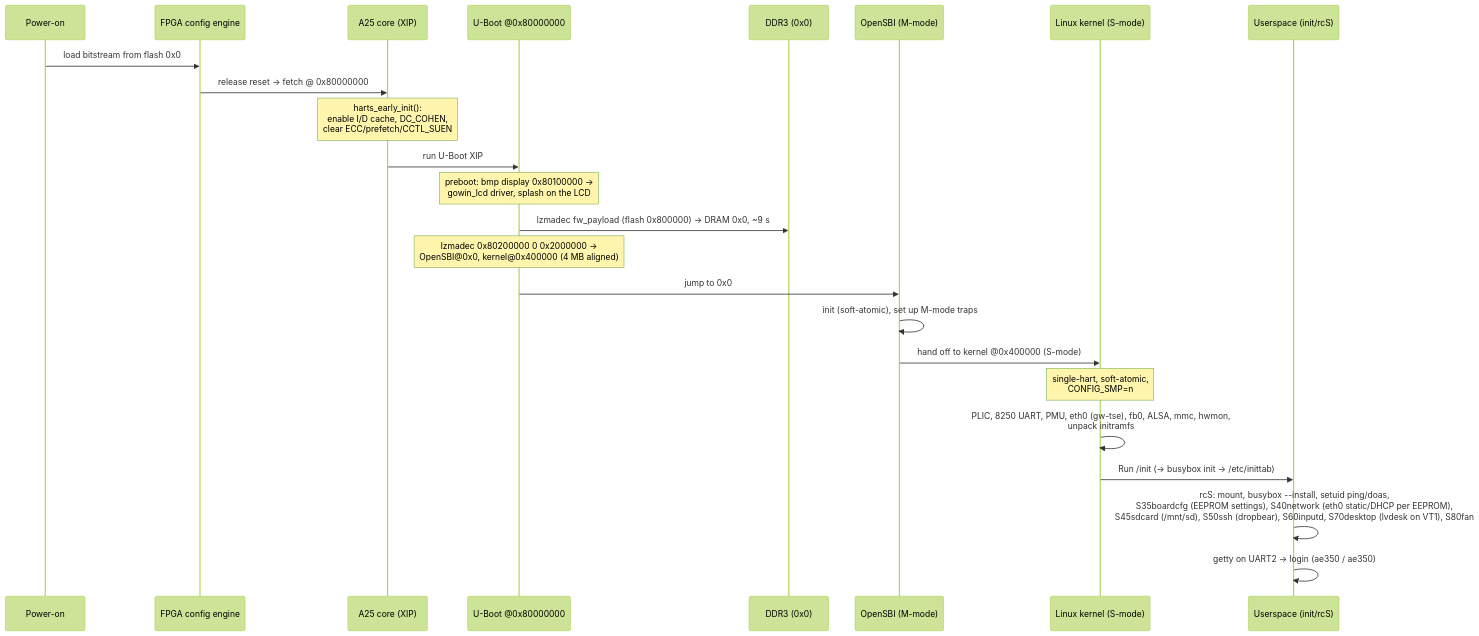
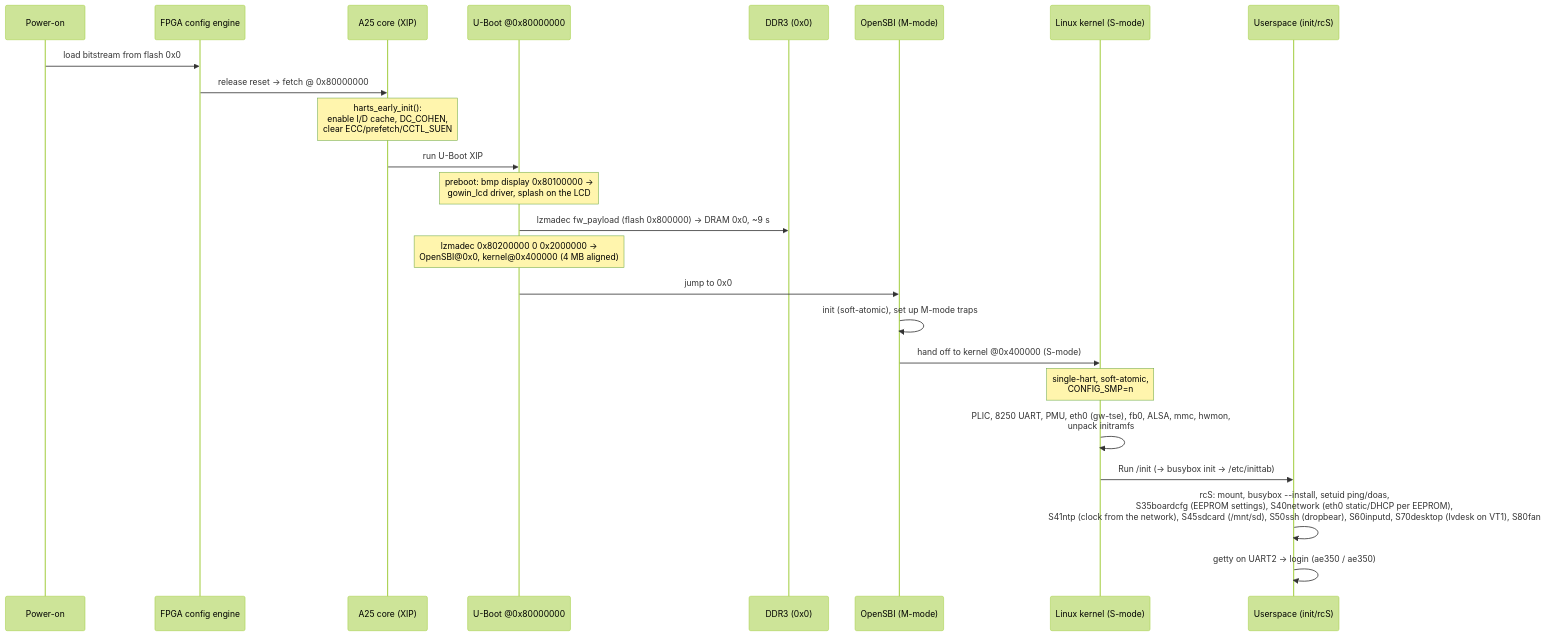
Before and after one commit to phoenix367/tang-mega-138K-Pro-demo: the second of 3 diagrams in doc/03-boot.md, drawn with Mermaid (forest theme). The commit also changed other lines of this file and 28 other files, not shown here.

````diff
--- a/doc/03-boot.md
+++ b/doc/03-boot.md
@@ -30,27 +30,27 @@
 ```mermaid
 sequenceDiagram
   participant PWR as Power-on
   participant FPGA as FPGA config engine
   participant A25 as A25 core (XIP)
   participant UB as U-Boot @0x80000000
   participant DDR as DDR3 (0x0)
   participant SBI as OpenSBI (M-mode)
   participant K as Linux kernel (S-mode)
   participant US as Userspace (init/rcS)
 
   PWR->>FPGA: load bitstream from flash 0x0
   FPGA->>A25: release reset → fetch @ 0x80000000
   Note over A25: harts_early_init():<br/>enable I/D cache, DC_COHEN,<br/>clear ECC/prefetch/CCTL_SUEN
   A25->>UB: run U-Boot XIP
   Note over UB: preboot: bmp display 0x80100000 →<br/>gowin_lcd driver, splash on the LCD
   UB->>DDR: lzmadec fw_payload (flash 0x800000) → DRAM 0x0, ~9 s
   Note over UB: lzmadec 0x80200000 0 0x2000000 →<br/>OpenSBI@0x0, kernel@0x400000 (4 MB aligned)
   UB->>SBI: jump to 0x0
   SBI->>SBI: init (soft-atomic), set up M-mode traps
   SBI->>K: hand off to kernel @0x400000 (S-mode)
   Note over K: single-hart, soft-atomic,<br/>CONFIG_SMP=n
   K->>K: PLIC, 8250 UART, PMU, eth0 (gw-tse), fb0, ALSA, mmc, hwmon,<br/>unpack initramfs
   K->>US: Run /init  (→ busybox init → /etc/inittab)
-  US->>US: rcS: mount, busybox --install, setuid ping/doas,<br/>S35boardcfg (EEPROM settings), S40network (eth0 static/DHCP per EEPROM),<br/>S45sdcard (/mnt/sd), S50ssh (dropbear), S60inputd, S70desktop (lvdesk on VT1), S80fan
+  US->>US: rcS: mount, busybox --install, setuid ping/doas,<br/>S35boardcfg (EEPROM settings), S40network (eth0 static/DHCP per EEPROM),<br/>S41ntp (clock from the network), S45sdcard (/mnt/sd), S50ssh (dropbear), S60inputd, S70desktop (lvdesk on VT1), S80fan
   US->>US: getty on UART2 → login (ae350 / ae350)
 ```
````
